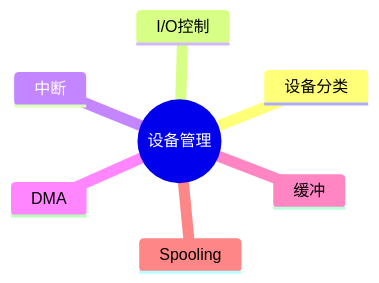
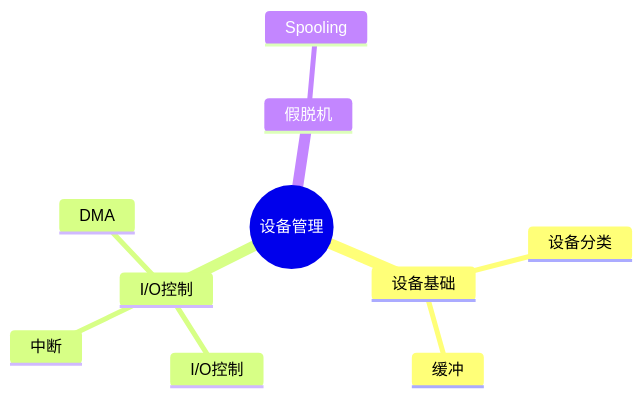
One commit to skylonely/sgao-website changed the first of 2 diagrams in docs/ruankao/system-architect/chapters/chapter-02/10-device-management.md. Above: the diagram before and after it, drawn with Mermaid. The commit also changed other lines of this file and 39 other files, not shown here.

Commit message:
fix: Mermaid 思维导图

````diff
--- a/docs/ruankao/system-architect/chapters/chapter-02/10-device-management.md
+++ b/docs/ruankao/system-architect/chapters/chapter-02/10-device-management.md
@@ -35,10 +35,13 @@
 ```mermaid
 mindmap
   root((设备管理))
-    设备分类
+    设备基础
+      设备分类
+      缓冲
     I/O控制
-    中断
-    DMA
-    缓冲
-    Spooling
+      I/O控制
+      中断
+      DMA
+    假脱机
+      Spooling
 ```
````
